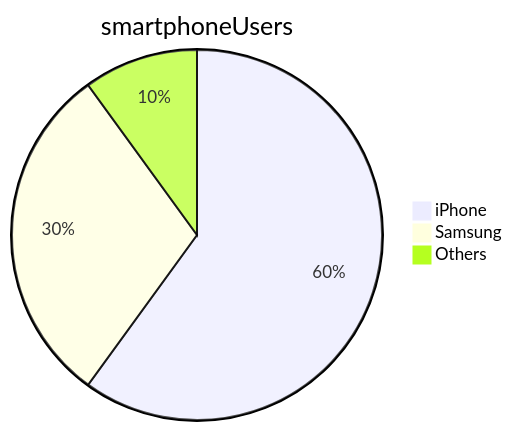
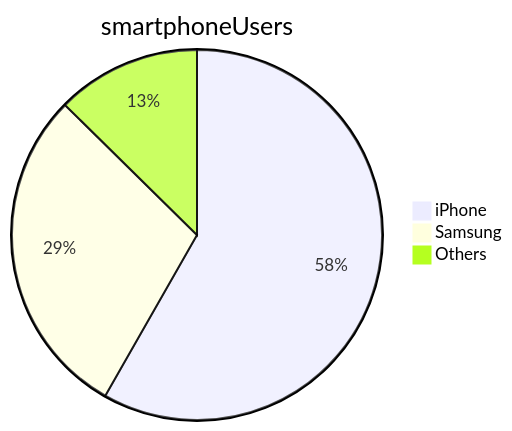
Before and after one commit to cathy-french/Tech509_CollabGit: the diagram in README.md, drawn with Mermaid. The commit also changed other lines of this file, not shown here.

````diff
--- a/README.md
+++ b/README.md
@@ -74,6 +74,6 @@
 ```mermaid
 pie title smartphoneUsers
     "iPhone" : 60
     "Samsung" : 30
-    "Others" : 10
+    "Others" : 13
 ```
````
